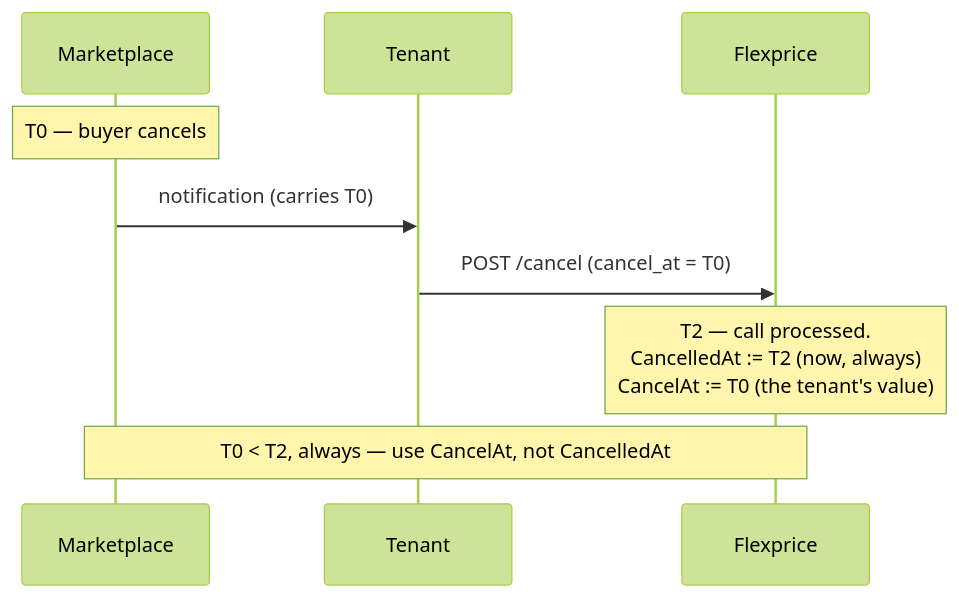
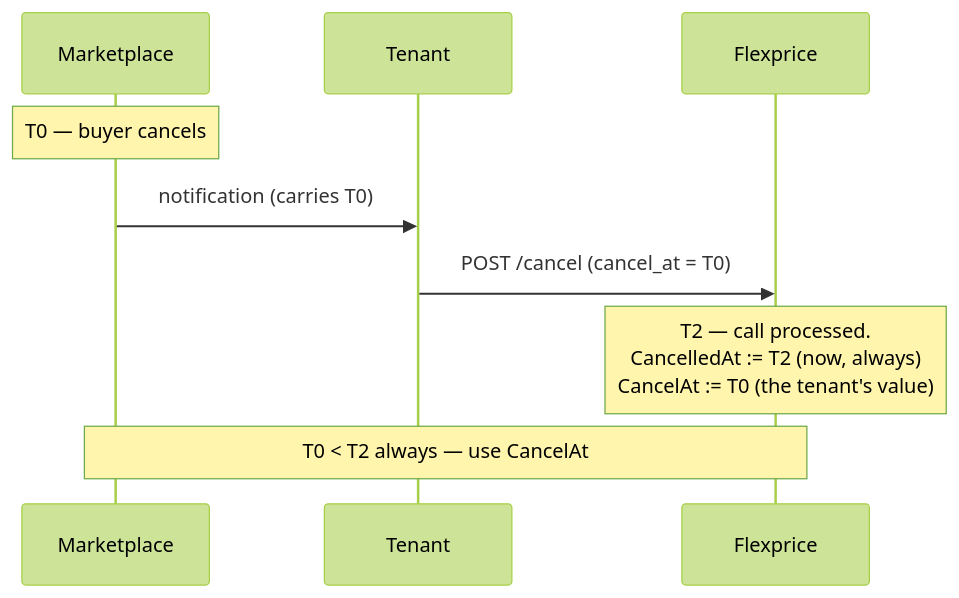
Before and after one commit to subratsahilgupta/flexprice: the fourth of 4 diagrams in docs/design/2026-07-30-FLE-1106-marketplace-integration-v4.md, drawn with Mermaid (forest theme). The commit also changed other lines of this file, not shown here.

````diff
--- a/docs/design/2026-07-30-FLE-1106-marketplace-integration-v4.md
+++ b/docs/design/2026-07-30-FLE-1106-marketplace-integration-v4.md
@@ -324,12 +300,12 @@
 ```mermaid
 sequenceDiagram
     participant MP as Marketplace
     participant Tenant
     participant FP as Flexprice
 
     Note over MP: T0 — buyer cancels
     MP->>Tenant: notification (carries T0)
     Tenant->>FP: POST /cancel (cancel_at = T0)
     Note over FP: T2 — call processed.<br/>CancelledAt := T2 (now, always)<br/>CancelAt := T0 (the tenant's value)
-    Note over FP,MP: T0 < T2, always — use CancelAt, not CancelledAt
+    Note over FP,MP: T0 < T2 always — use CancelAt
 ```
````
